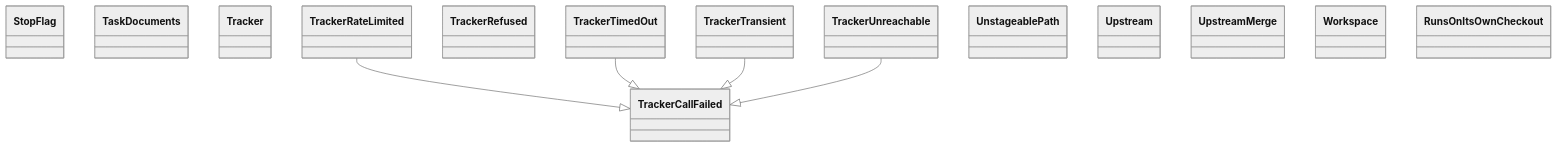
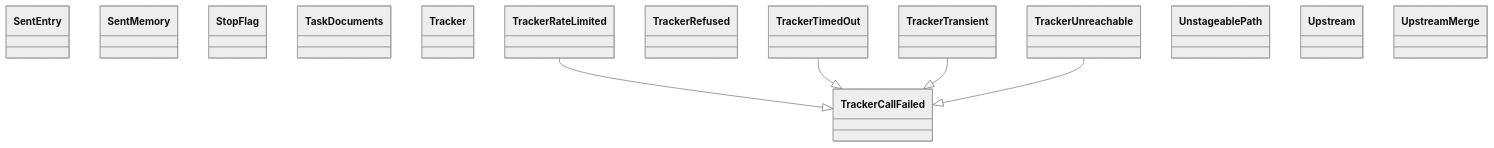
Before and after one commit to GonzaloZevallos/agentic-system: the diagram in docs/architecture/generated/classes-process-application-support-5.md, drawn with Mermaid (neutral theme). The commit also changed other lines of this file and 18 other files, not shown here.

````diff
--- a/docs/architecture/generated/classes-process-application-support-5.md
+++ b/docs/architecture/generated/classes-process-application-support-5.md
@@ -16,21 +16,21 @@
 ```mermaid
 classDiagram
+    class ports__SentEntry["SentEntry"]
+    class ports__SentMemory["SentMemory"]
     class ports__StopFlag["StopFlag"]
     class ports__TaskDocuments["TaskDocuments"]
     class ports__Tracker["Tracker"]
     class ports__TrackerCallFailed["TrackerCallFailed"]
     class ports__TrackerRateLimited["TrackerRateLimited"]
     class ports__TrackerRefused["TrackerRefused"]
     class ports__TrackerTimedOut["TrackerTimedOut"]
     class ports__TrackerTransient["TrackerTransient"]
     class ports__TrackerUnreachable["TrackerUnreachable"]
     class ports__UnstageablePath["UnstageablePath"]
     class ports__Upstream["Upstream"]
     class ports__UpstreamMerge["UpstreamMerge"]
-    class ports__Workspace["Workspace"]
-    class preflight__RunsOnItsOwnCheckout["RunsOnItsOwnCheckout"]
     ports__TrackerRateLimited --|> ports__TrackerCallFailed
     ports__TrackerTimedOut --|> ports__TrackerCallFailed
     ports__TrackerTransient --|> ports__TrackerCallFailed
     ports__TrackerUnreachable --|> ports__TrackerCallFailed
 ```
````
